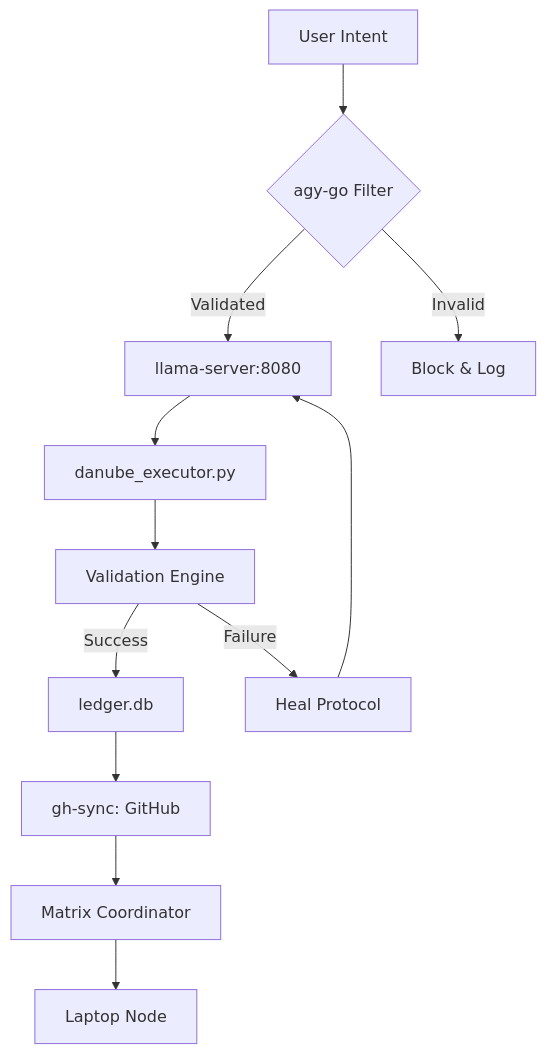
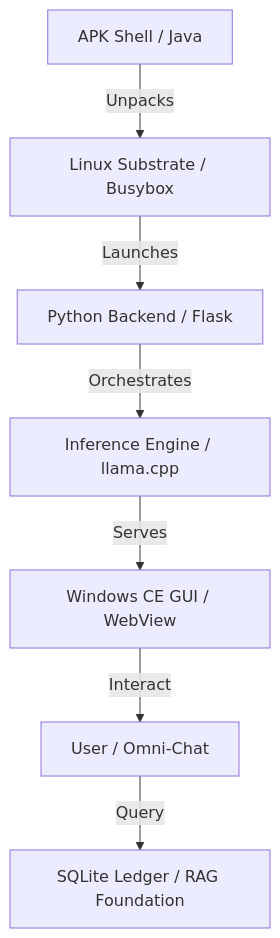
Before and after one commit to chrisalunlloyd2-sudo/MATRIX_GEN8_HOME: the diagram in README.md, drawn with Mermaid. The commit also changed other lines of this file and 2 other files, not shown here.

````diff
--- a/README.md
+++ b/README.md
@@ -34,14 +18,9 @@
 ```mermaid
 graph TD
-    A[User Intent] --> B{agy-go Filter}
-    B -- Validated --> C[llama-server:8080]
-    B -- Invalid --> D[Block & Log]
-    C --> E[danube_executor.py]
-    E --> F[Validation Engine]
-    F -- Success --> G[ledger.db]
-    F -- Failure --> H[Heal Protocol]
-    H --> C
-    G --> I[gh-sync: GitHub]
-    I --> J[Matrix Coordinator]
-    J --> K[Laptop Node]
+    A[APK Shell / Java] -->|Unpacks| B[Linux Substrate / Busybox]
+    B -->|Launches| C[Python Backend / Flask]
+    C -->|Orchestrates| D[Inference Engine / llama.cpp]
+    D -->|Serves| E[Windows CE GUI / WebView]
+    E -->|Interact| F[User / Omni-Chat]
+    F -->|Query| G[SQLite Ledger / RAG Foundation]
 ```
````
